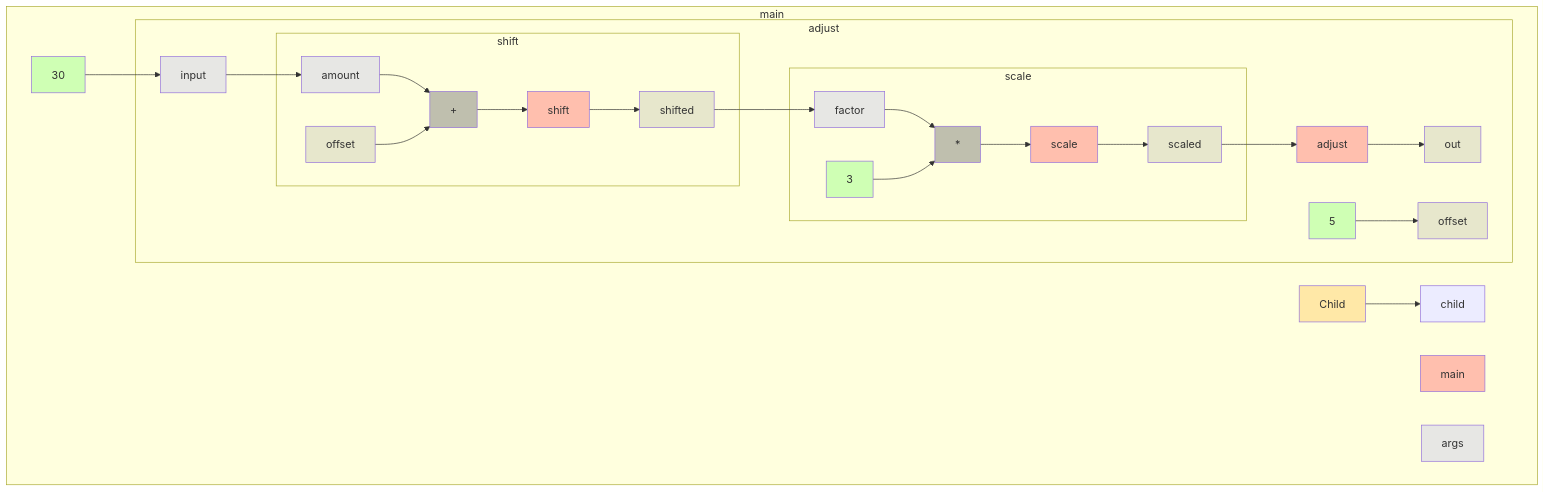
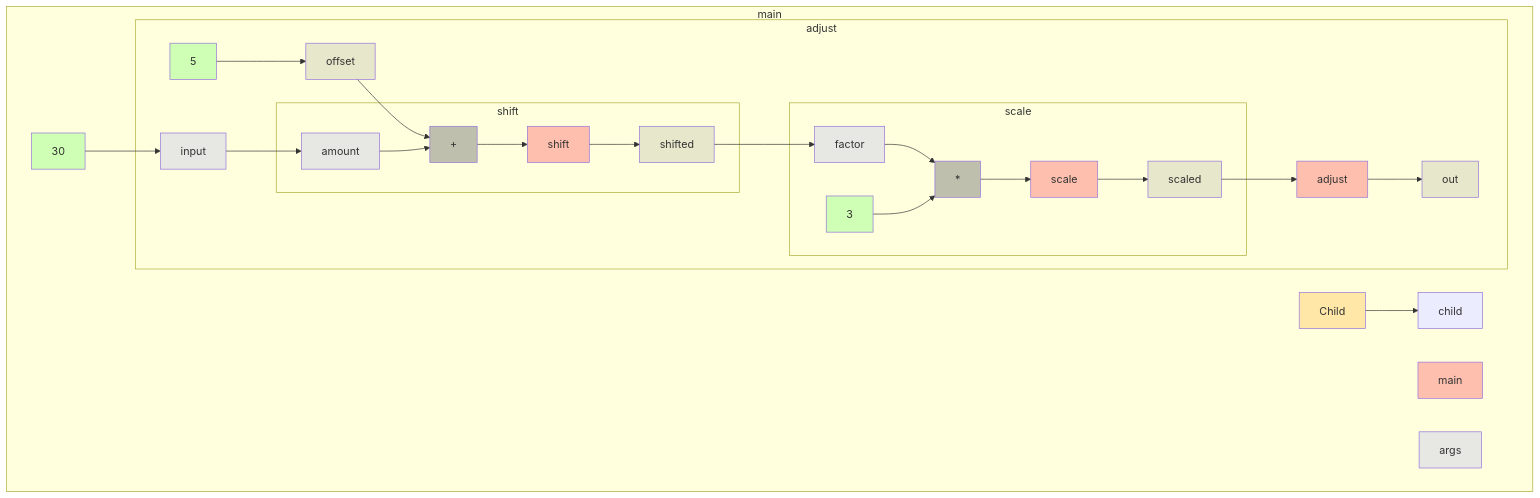
The diagram in app/src/test/resources/parentMethod/truth.md (gstiebler/codeflow), drawn with Mermaid before and after one commit. The commit also changed 4 other files, not shown here.

````diff
--- a/app/src/test/resources/parentMethod/truth.md
+++ b/app/src/test/resources/parentMethod/truth.md
@@ -1,52 +1,51 @@
 ```mermaid
 flowchart TD
   subgraph b0["main"]
     n1[main]:::RETURN
     n2[args]:::FUNC_PARAM
     n3[Child]:::EXTERNAL
     n4[child]:::OBJ_VARIABLE
     n5[30]:::LITERAL
-    n23[out]:::VARIABLE
+    n22[out]:::VARIABLE
     n3[Child]:::EXTERNAL --> n4[child]:::OBJ_VARIABLE
     n5[30]:::LITERAL --> n8[input]:::FUNC_PARAM
     subgraph b6["adjust"]
       n7[adjust]:::RETURN
       n8[input]:::FUNC_PARAM
       n9[5]:::LITERAL
       n10[offset]:::VARIABLE
-      n16[shifted]:::VARIABLE
-      n22[scaled]:::VARIABLE
-      n7[adjust]:::RETURN --> n23[out]:::VARIABLE
+      n15[shifted]:::VARIABLE
+      n21[scaled]:::VARIABLE
+      n7[adjust]:::RETURN --> n22[out]:::VARIABLE
       n8[input]:::FUNC_PARAM --> n13[amount]:::FUNC_PARAM
       n9[5]:::LITERAL --> n10[offset]:::VARIABLE
-      n16[shifted]:::VARIABLE --> n19[factor]:::FUNC_PARAM
-      n22[scaled]:::VARIABLE --> n7[adjust]:::RETURN
+      n10[offset]:::VARIABLE --> n14[+]:::BIN_OP
+      n15[shifted]:::VARIABLE --> n18[factor]:::FUNC_PARAM
+      n21[scaled]:::VARIABLE --> n7[adjust]:::RETURN
       subgraph b11["shift"]
         n12[shift]:::RETURN
         n13[amount]:::FUNC_PARAM
-        n14[offset]:::VARIABLE
-        n15[+]:::BIN_OP
-        n12[shift]:::RETURN --> n16[shifted]:::VARIABLE
-        n13[amount]:::FUNC_PARAM --> n15[+]:::BIN_OP
-        n14[offset]:::VARIABLE --> n15[+]:::BIN_OP
-        n15[+]:::BIN_OP --> n12[shift]:::RETURN
+        n14[+]:::BIN_OP
+        n12[shift]:::RETURN --> n15[shifted]:::VARIABLE
+        n13[amount]:::FUNC_PARAM --> n14[+]:::BIN_OP
+        n14[+]:::BIN_OP --> n12[shift]:::RETURN
       end
-      subgraph b17["scale"]
-        n18[scale]:::RETURN
-        n19[factor]:::FUNC_PARAM
-        n20[3]:::LITERAL
-        n21[*]:::BIN_OP
-        n18[scale]:::RETURN --> n22[scaled]:::VARIABLE
-        n19[factor]:::FUNC_PARAM --> n21[*]:::BIN_OP
-        n20[3]:::LITERAL --> n21[*]:::BIN_OP
-        n21[*]:::BIN_OP --> n18[scale]:::RETURN
+      subgraph b16["scale"]
+        n17[scale]:::RETURN
+        n18[factor]:::FUNC_PARAM
+        n19[3]:::LITERAL
+        n20[*]:::BIN_OP
+        n17[scale]:::RETURN --> n21[scaled]:::VARIABLE
+        n18[factor]:::FUNC_PARAM --> n20[*]:::BIN_OP
+        n19[3]:::LITERAL --> n20[*]:::BIN_OP
+        n20[*]:::BIN_OP --> n17[scale]:::RETURN
       end
     end
   end
   classDef LITERAL fill:#00FF0030
   classDef VARIABLE fill:#80808030
   classDef BIN_OP fill:#80808080
   classDef FUNC_PARAM fill:#8080FF30
   classDef RETURN fill:#FF808080
   classDef EXTERNAL fill:#FFA50040
 ```
````
